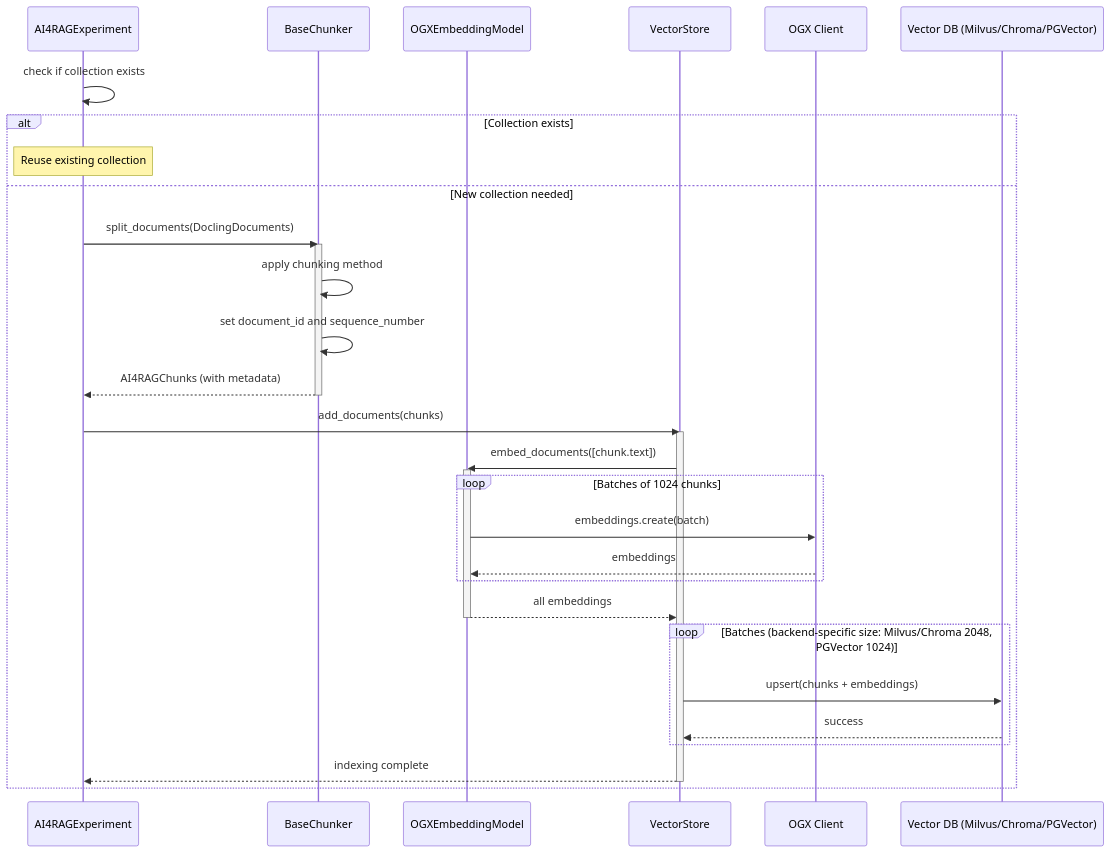
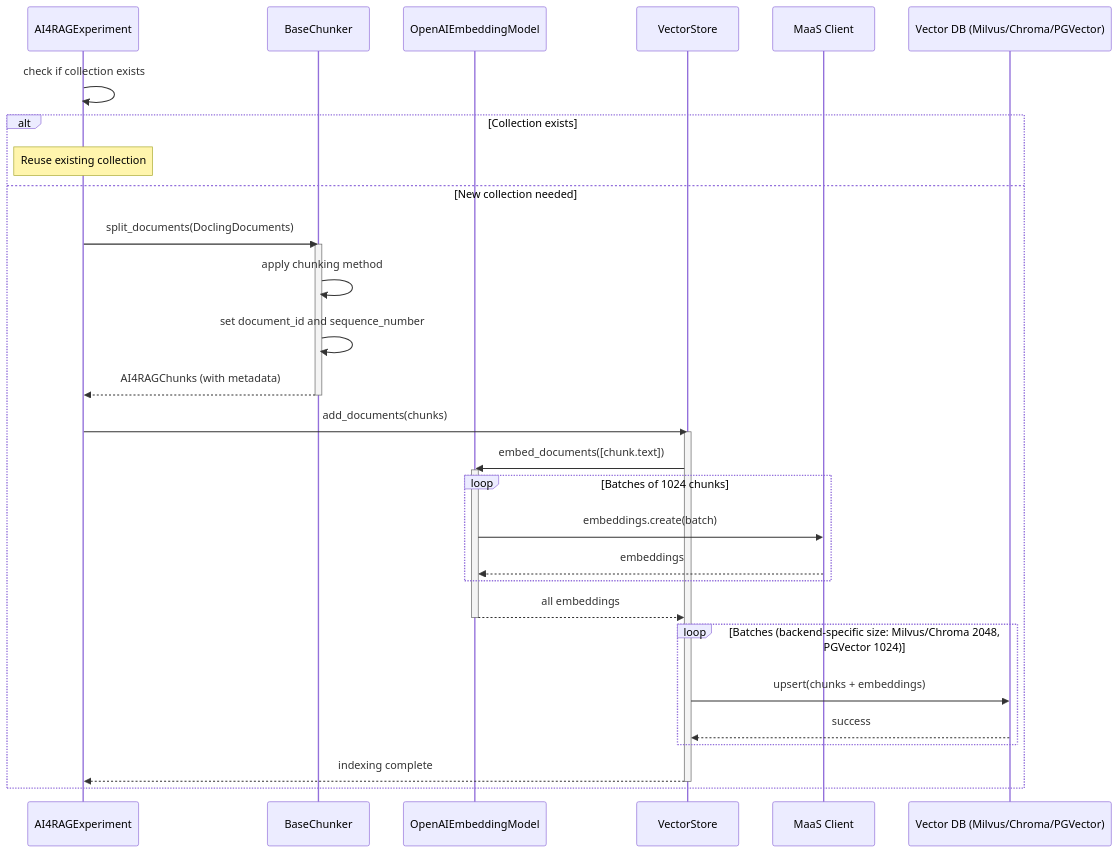
One commit to IBM/ai4rag changed the first of 4 diagrams in docs/architecture/data-flow.md. Above: the diagram before and after it, drawn with Mermaid. The commit also changed other lines of this file and 70 other files, not shown here.

First line of the commit message:
feat(rag)!: replace OGX integration with OpenAI-compatible MaaS client (#125)

````diff
--- a/docs/architecture/data-flow.md
+++ b/docs/architecture/data-flow.md
@@ -22,39 +22,39 @@
 ```mermaid
 sequenceDiagram
     participant Exp as AI4RAGExperiment
     participant LC as BaseChunker
-    participant EM as OGXEmbeddingModel
+    participant EM as OpenAIEmbeddingModel
     participant VS as VectorStore
-    participant OGXClient as OGX Client
+    participant MaaSClient as MaaS Client
     participant DB as Vector DB (Milvus/Chroma/PGVector)
 
     Exp->>Exp: check if collection exists
     alt Collection exists
         Note over Exp: Reuse existing collection
     else New collection needed
         Exp->>LC: split_documents(DoclingDocuments)
         activate LC
         LC->>LC: apply chunking method
         LC->>LC: set document_id and sequence_number
         LC-->>Exp: AI4RAGChunks (with metadata)
         deactivate LC
 
         Exp->>VS: add_documents(chunks)
         activate VS
         VS->>EM: embed_documents([chunk.text])
         activate EM
         loop Batches of 1024 chunks
-            EM->>OGXClient: embeddings.create(batch)
-            OGXClient-->>EM: embeddings
+            EM->>MaaSClient: embeddings.create(batch)
+            MaaSClient-->>EM: embeddings
         end
         EM-->>VS: all embeddings
         deactivate EM
 
         loop Batches (backend-specific size: Milvus/Chroma 2048, PGVector 1024)
             VS->>DB: upsert(chunks + embeddings)
             DB-->>VS: success
         end
         VS-->>Exp: indexing complete
         deactivate VS
     end
 ```
````
